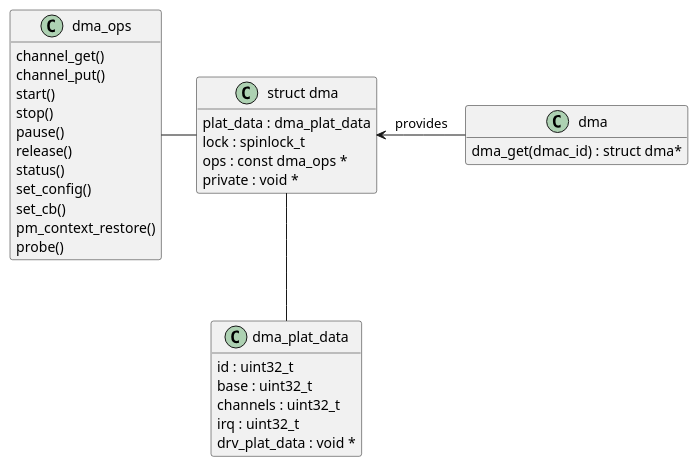
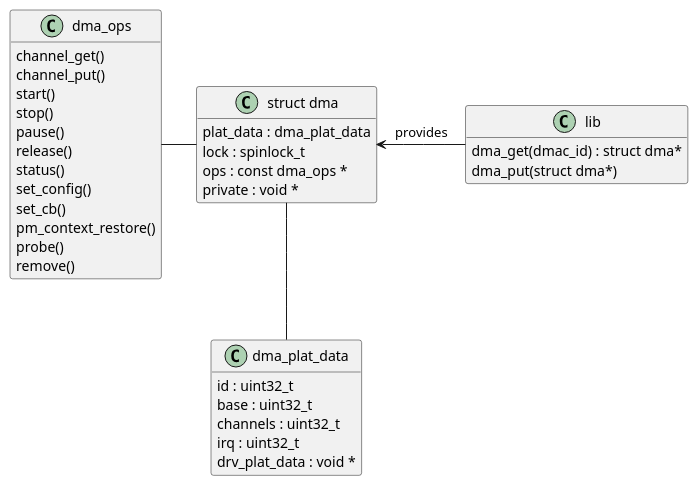
One commit to thesofproject/sof-docs changed the diagram in developer_guides/drivers/dma/images/dma-ops.pu. Above: the diagram before and after it, drawn with PlantUML. The commit also changed 8 other files, not shown here.

```diff
--- a/developer_guides/drivers/dma/images/dma-ops.pu
+++ b/developer_guides/drivers/dma/images/dma-ops.pu
@@ -1,40 +1,42 @@
-class dma {
-	dma_get(dmac_id) : struct dma*
+class lib {
+   dma_get(dmac_id) : struct dma*
+   dma_put(struct dma*)
 }
-hide dma attributes
+hide lib attributes
 
 class dma_ops {
-	channel_get()
-	channel_put()
-	start()
-	stop()
-	pause()
-	release()
-	status()
-	set_config()
-	set_cb()
-	pm_context_restore()
-	probe()
+   channel_get()
+   channel_put()
+   start()
+   stop()
+   pause()
+   release()
+   status()
+   set_config()
+   set_cb()
+   pm_context_restore()
+   probe()
+   remove()
 }
 hide dma_ops attributes
 
 class dma_plat_data {
-	id : uint32_t
-	base : uint32_t
-	channels : uint32_t
-	irq : uint32_t
-	drv_plat_data : void *
+   id : uint32_t
+   base : uint32_t
+   channels : uint32_t
+   irq : uint32_t
+   drv_plat_data : void *
 }
 hide dma_plat_data methods
 
 class "struct dma" as s_dma {
-	plat_data : dma_plat_data
-	lock : spinlock_t
-	ops : const dma_ops *
-	private : void *
+   plat_data : dma_plat_data
+   lock : spinlock_t
+   ops : const dma_ops *
+   private : void *
 }
 hide s_dma methods
 
 dma_ops - s_dma
 s_dma -- dma_plat_data
-s_dma <- dma : provides
+s_dma <- lib : provides
```
